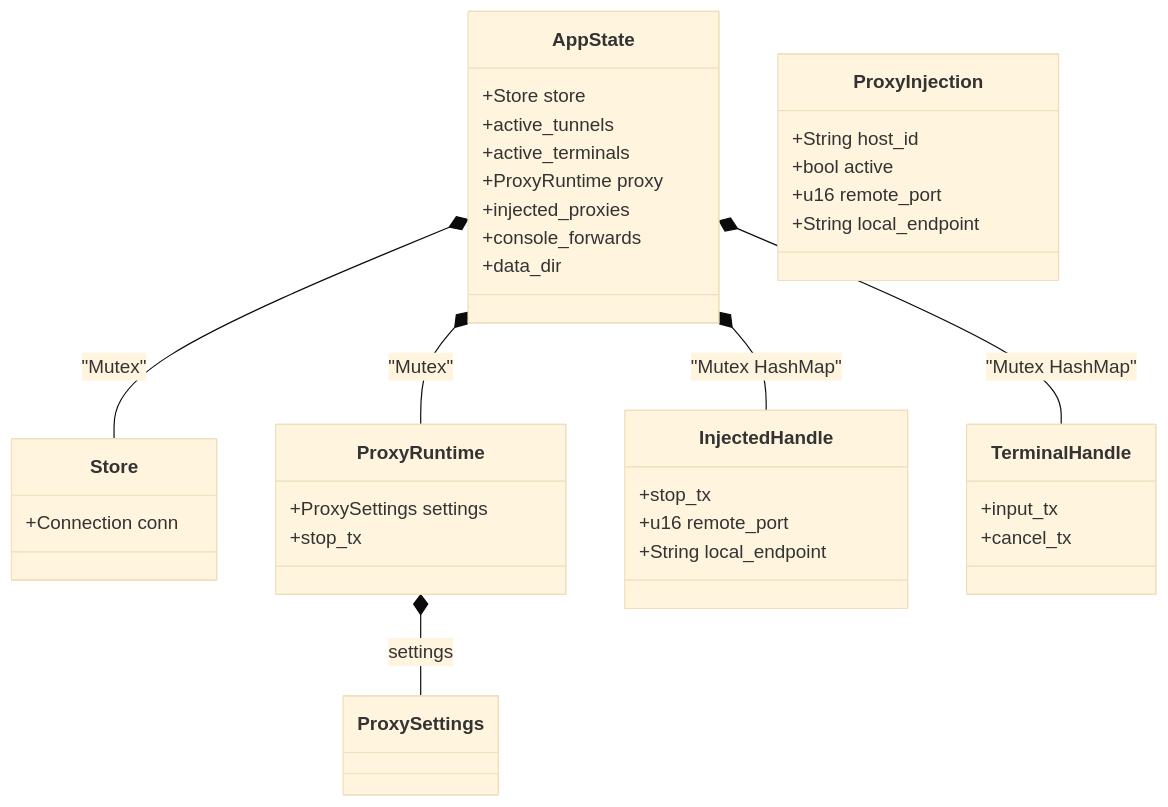
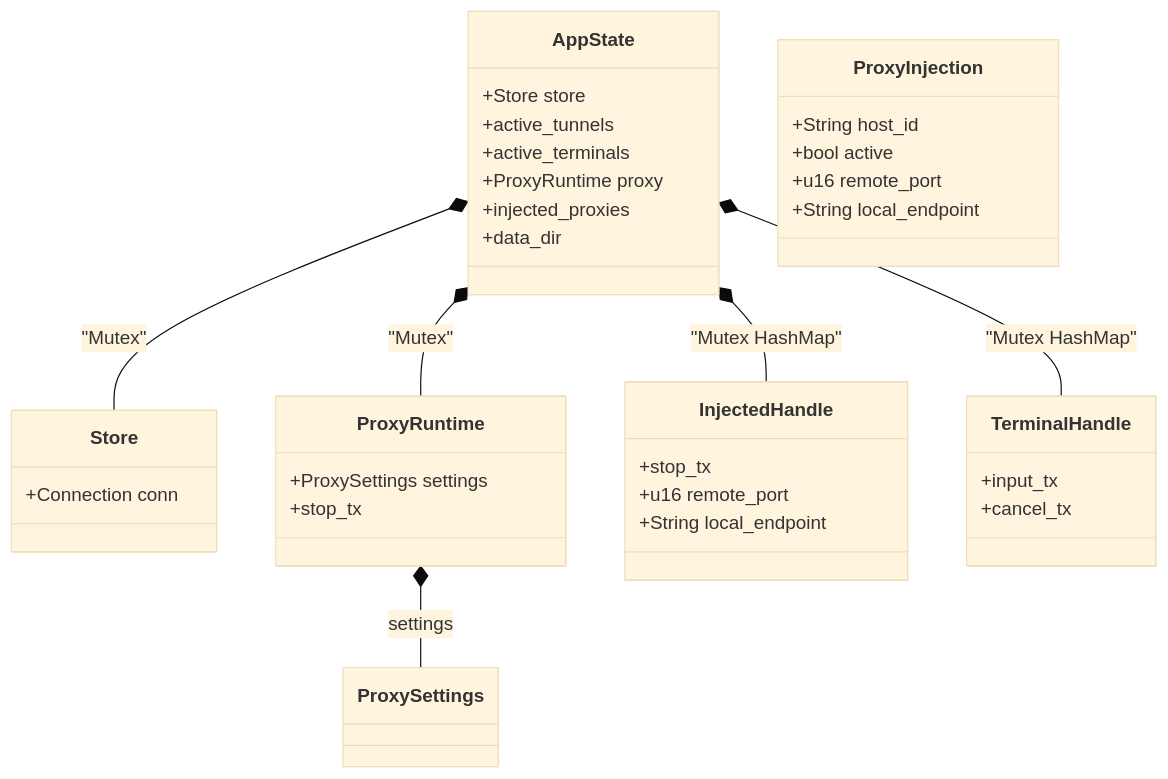
Before and after one commit to zhangjianshe/cangling-keeper: the third of 3 diagrams in README.md, drawn with Mermaid (base theme). The commit also changed other lines of this file and 6 other files, not shown here.

````diff
--- a/README.md
+++ b/README.md
@@ -249,40 +249,39 @@
 ```mermaid
 classDiagram
     class AppState {
         +Store store
         +active_tunnels
         +active_terminals
         +ProxyRuntime proxy
         +injected_proxies
-        +console_forwards
         +data_dir
     }
     class Store {
         +Connection conn
     }
     class ProxyRuntime {
         +ProxySettings settings
         +stop_tx
     }
     class InjectedHandle {
         +stop_tx
         +u16 remote_port
         +String local_endpoint
     }
     class TerminalHandle {
         +input_tx
         +cancel_tx
     }
     class ProxyInjection {
         +String host_id
         +bool active
         +u16 remote_port
         +String local_endpoint
     }
 
     AppState *-- Store : "Mutex"
     AppState *-- ProxyRuntime : "Mutex"
     AppState *-- InjectedHandle : "Mutex HashMap"
     AppState *-- TerminalHandle : "Mutex HashMap"
     ProxyRuntime *-- ProxySettings : settings
 ```
````
